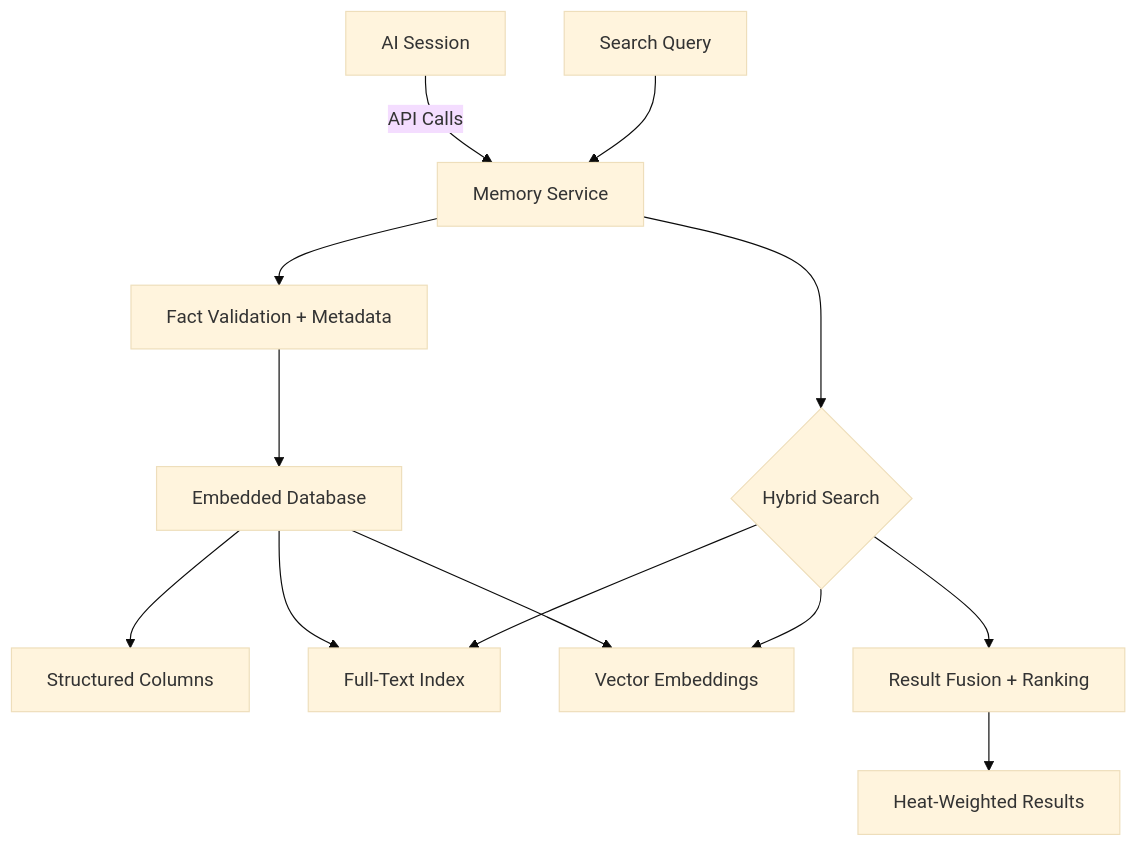
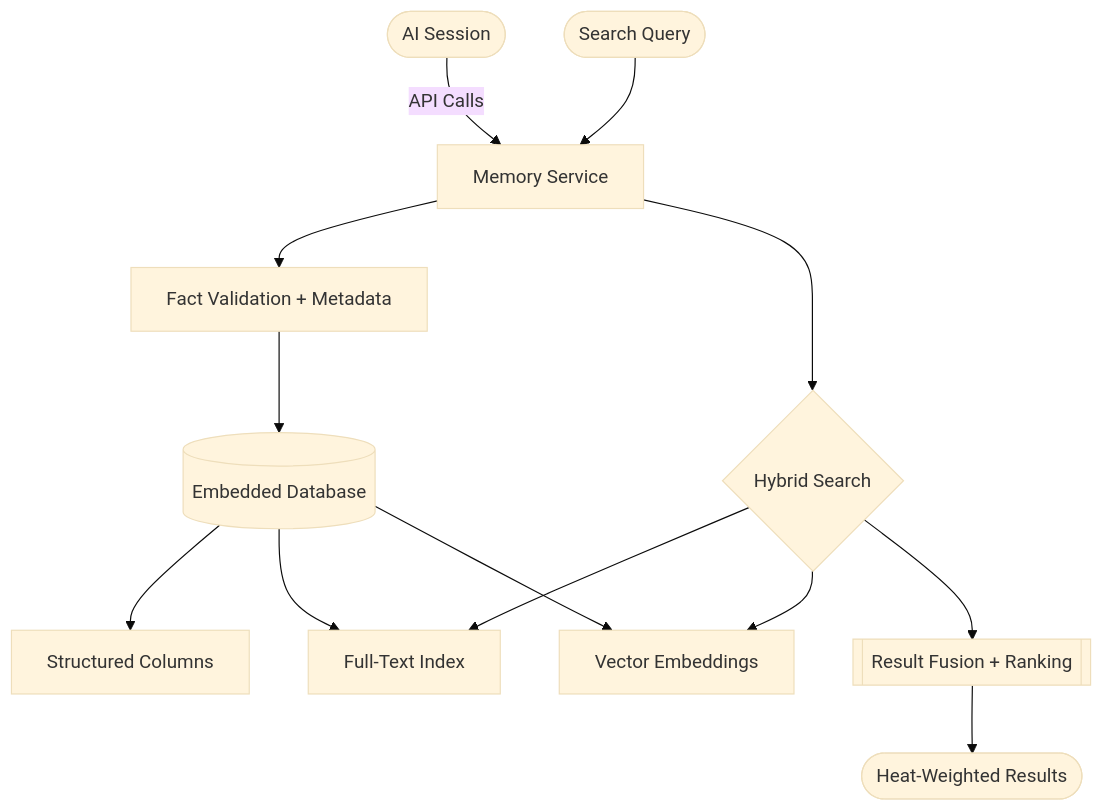
Before and after one commit to CyberdaemonAI/cyberdaemon-site: the first of 3 diagrams in src/content/build-logs/prom-memory.mdx, drawn with Mermaid (base theme). The commit also changed other lines of this file and 23 other files, not shown here.

First line of the commit message:
style(diagrams): retrofit all mermaid diagrams to flowchart syntax site-wide

````diff
--- a/src/content/build-logs/prom-memory.mdx
+++ b/src/content/build-logs/prom-memory.mdx
@@ -68,15 +68,15 @@
 ```mermaid
-graph TD
-    A[AI Session] -->|API Calls| B[Memory Service]
+flowchart TD
+    A([AI Session]) -->|API Calls| B[Memory Service]
     B --> C[Fact Validation + Metadata]
-    C --> D[Embedded Database]
+    C --> D[(Embedded Database)]
     D --> E[Structured Columns]
     D --> F[Full-Text Index]
     D --> G[Vector Embeddings]
-    H[Search Query] --> B
+    H([Search Query]) --> B
     B --> I{Hybrid Search}
     I --> F
     I --> G
-    I --> J[Result Fusion + Ranking]
-    J --> K[Heat-Weighted Results]
+    I --> J[[Result Fusion + Ranking]]
+    J --> K([Heat-Weighted Results])
 ```
````
